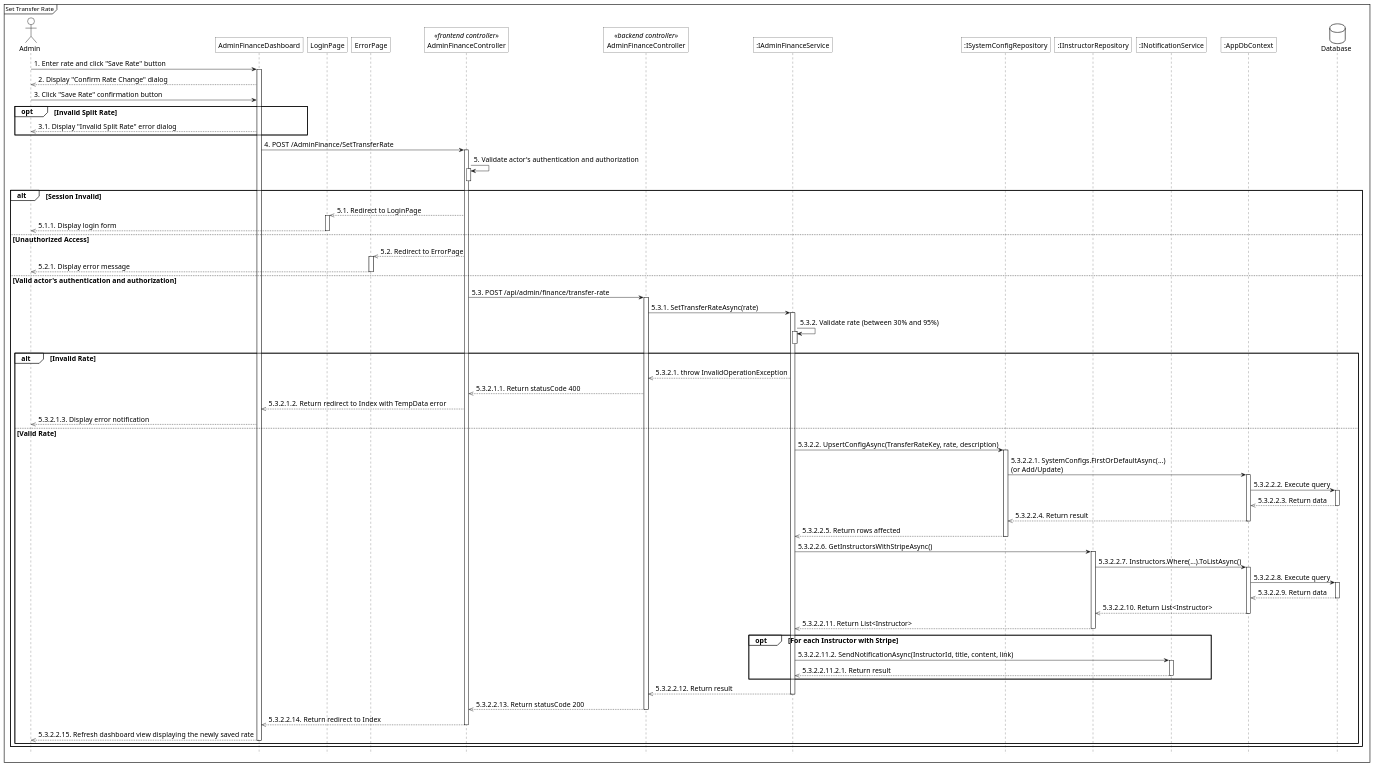
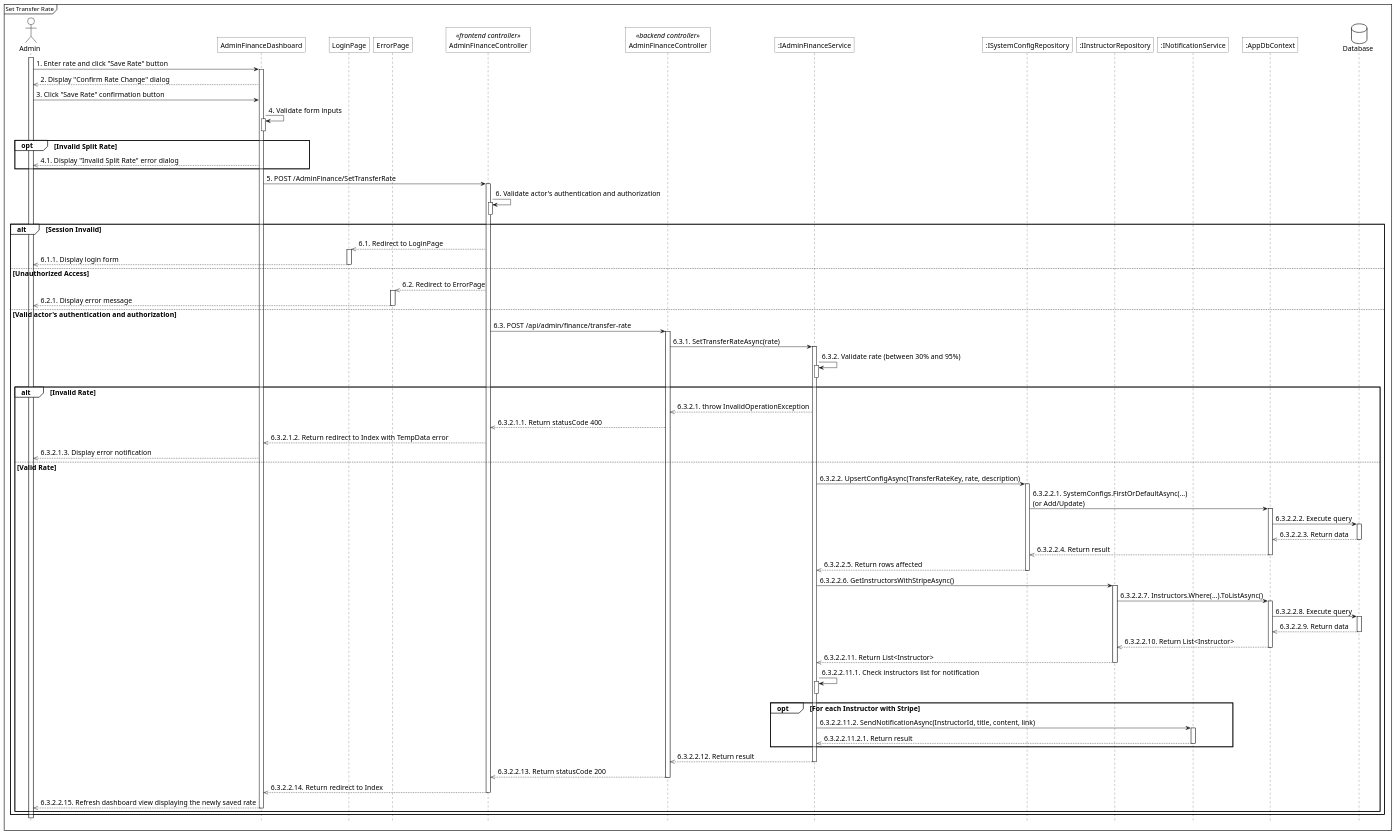
One commit to 1000do/Linked changed the diagram in diagrams/sequence_renumbered/Hung/UC-134 - Set Transfer Rate.plantuml. Above: the diagram before and after it, drawn with PlantUML. The commit also changed 18 other files, not shown here.

Commit message:
feat: implement AdminFinanceService logic and document new sequence diagrams for finance-related features

```diff
--- a/diagrams/sequence_renumbered/Hung/UC-134 - Set Transfer Rate.plantuml
+++ b/diagrams/sequence_renumbered/Hung/UC-134 - Set Transfer Rate.plantuml
@@ -1,110 +1,116 @@
 @startuml
 <style>
     sequenceDiagram{
         FontSize 16
 
         arrow {
             ' Set the maximum width of the text on arrows
             MaximumWidth 300
 
         }
         actor{
             BackgroundColor white
             LineThickness 1.0
         }
         participant{
             BackgroundColor white
             RoundCorner 0
         }
         database{
             BackgroundColor white
         }
         groupHeader{
             BackgroundColor white
         }
         referenceHeader{
             BackgroundColor white
         }
         reference{
             BackgroundColor white
         }
     }
 </style>
 
 hide footbox
 mainframe Set Transfer Rate
 
 actor "Admin" as act
 participant "AdminFinanceDashboard" as view
 participant "LoginPage" as login_view
 participant "ErrorPage" as error_view
 participant "AdminFinanceController" as fe_ctrl <<frontend controller>>
 participant "AdminFinanceController" as be_ctrl <<backend controller>>
 participant ":IAdminFinanceService" as finance_sv
 participant ":ISystemConfigRepository" as config_repo
 participant ":IInstructorRepository" as instructor_repo
 participant ":INotificationService" as noti_sv
 participant ":AppDbContext" as ctx
 database Database as db
-
+act ++
 act -> view++:1. Enter rate and click "Save Rate" button
 view -->> act:2. Display "Confirm Rate Change" dialog
 act -> view:3. Click "Save Rate" confirmation button
 
+view -> view++:4. Validate form inputs
+view--
+
 group opt [Invalid Split Rate]
-    view -->> act:3.1. Display "Invalid Split Rate" error dialog
+    view -->> act:4.1. Display "Invalid Split Rate" error dialog
 end
 
-view -> fe_ctrl++:4. POST /AdminFinance/SetTransferRate
+view -> fe_ctrl++:5. POST /AdminFinance/SetTransferRate
 
-fe_ctrl -> fe_ctrl++:5. Validate actor's authentication and authorization
+fe_ctrl -> fe_ctrl++:6. Validate actor's authentication and authorization
 fe_ctrl--
 
 alt Session Invalid
-    fe_ctrl -->> login_view++:5.1. Redirect to LoginPage
-    login_view -->> act--:5.1.1. Display login form
+    fe_ctrl -->> login_view++:6.1. Redirect to LoginPage
+    login_view -->> act--:6.1.1. Display login form
 else Unauthorized Access
-    fe_ctrl -->> error_view++:5.2. Redirect to ErrorPage
-    error_view -->> act--:5.2.1. Display error message
+    fe_ctrl -->> error_view++:6.2. Redirect to ErrorPage
+    error_view -->> act--:6.2.1. Display error message
 else Valid actor's authentication and authorization
-    fe_ctrl -> be_ctrl++:5.3. POST /api/admin/finance/transfer-rate
+    fe_ctrl -> be_ctrl++:6.3. POST /api/admin/finance/transfer-rate
 
-    be_ctrl -> finance_sv++:5.3.1. SetTransferRateAsync(rate)
+    be_ctrl -> finance_sv++:6.3.1. SetTransferRateAsync(rate)
 
-    finance_sv -> finance_sv++:5.3.2. Validate rate (between 30% and 95%)
+    finance_sv -> finance_sv++:6.3.2. Validate rate (between 30% and 95%)
     finance_sv--
 
 alt Invalid Rate
-        finance_sv -->> be_ctrl:5.3.2.1. throw InvalidOperationException
-        be_ctrl -->> fe_ctrl:5.3.2.1.1. Return statusCode 400
-        fe_ctrl -->> view:5.3.2.1.2. Return redirect to Index with TempData error
-        view -->> act:5.3.2.1.3. Display error notification
+        finance_sv -->> be_ctrl:6.3.2.1. throw InvalidOperationException
+        be_ctrl -->> fe_ctrl:6.3.2.1.1. Return statusCode 400
+        fe_ctrl -->> view:6.3.2.1.2. Return redirect to Index with TempData error
+        view -->> act:6.3.2.1.3. Display error notification
 else Valid Rate
-        finance_sv -> config_repo++:5.3.2.2. UpsertConfigAsync(TransferRateKey, rate, description)
-        config_repo -> ctx++:5.3.2.2.1. SystemConfigs.FirstOrDefaultAsync(...) \n(or Add/Update)
-        ctx -> db++:5.3.2.2.2. Execute query
-        db -->> ctx--:5.3.2.2.3. Return data
-        ctx -->> config_repo--:5.3.2.2.4. Return result
-        config_repo -->> finance_sv--:5.3.2.2.5. Return rows affected
+        finance_sv -> config_repo++:6.3.2.2. UpsertConfigAsync(TransferRateKey, rate, description)
+        config_repo -> ctx++:6.3.2.2.1. SystemConfigs.FirstOrDefaultAsync(...) \n(or Add/Update)
+        ctx -> db++:6.3.2.2.2. Execute query
+        db -->> ctx--:6.3.2.2.3. Return data
+        ctx -->> config_repo--:6.3.2.2.4. Return result
+        config_repo -->> finance_sv--:6.3.2.2.5. Return rows affected
 
-        finance_sv -> instructor_repo++:5.3.2.2.6. GetInstructorsWithStripeAsync()
-        instructor_repo -> ctx++:5.3.2.2.7. Instructors.Where(...).ToListAsync()
-        ctx -> db++:5.3.2.2.8. Execute query
-        db -->> ctx--:5.3.2.2.9. Return data
-        ctx -->> instructor_repo--:5.3.2.2.10. Return List<Instructor>
-        instructor_repo -->> finance_sv--:5.3.2.2.11. Return List<Instructor>
+        finance_sv -> instructor_repo++:6.3.2.2.6. GetInstructorsWithStripeAsync()
+        instructor_repo -> ctx++:6.3.2.2.7. Instructors.Where(...).ToListAsync()
+        ctx -> db++:6.3.2.2.8. Execute query
+        db -->> ctx--:6.3.2.2.9. Return data
+        ctx -->> instructor_repo--:6.3.2.2.10. Return List<Instructor>
+        instructor_repo -->> finance_sv--:6.3.2.2.11. Return List<Instructor>
+
+        finance_sv -> finance_sv++:6.3.2.2.11.1. Check instructors list for notification
+        finance_sv--
 
 group opt [For each Instructor with Stripe]
-            finance_sv -> noti_sv++:5.3.2.2.11.2. SendNotificationAsync(InstructorId, title, content, link)
-            noti_sv -->> finance_sv--:5.3.2.2.11.2.1. Return result
+            finance_sv -> noti_sv++:6.3.2.2.11.2. SendNotificationAsync(InstructorId, title, content, link)
+            noti_sv -->> finance_sv--:6.3.2.2.11.2.1. Return result
 end
 
-        finance_sv -->> be_ctrl--:5.3.2.2.12. Return result
-        be_ctrl -->> fe_ctrl--:5.3.2.2.13. Return statusCode 200
+        finance_sv -->> be_ctrl--:6.3.2.2.12. Return result
+        be_ctrl -->> fe_ctrl--:6.3.2.2.13. Return statusCode 200
 
-        fe_ctrl -->> view--:5.3.2.2.14. Return redirect to Index
-        view -->> act--:5.3.2.2.15. Refresh dashboard view displaying the newly saved rate
+        fe_ctrl -->> view--:6.3.2.2.14. Return redirect to Index
+        view -->> act--:6.3.2.2.15. Refresh dashboard view displaying the newly saved rate
 end
 end
 
 @enduml
```
